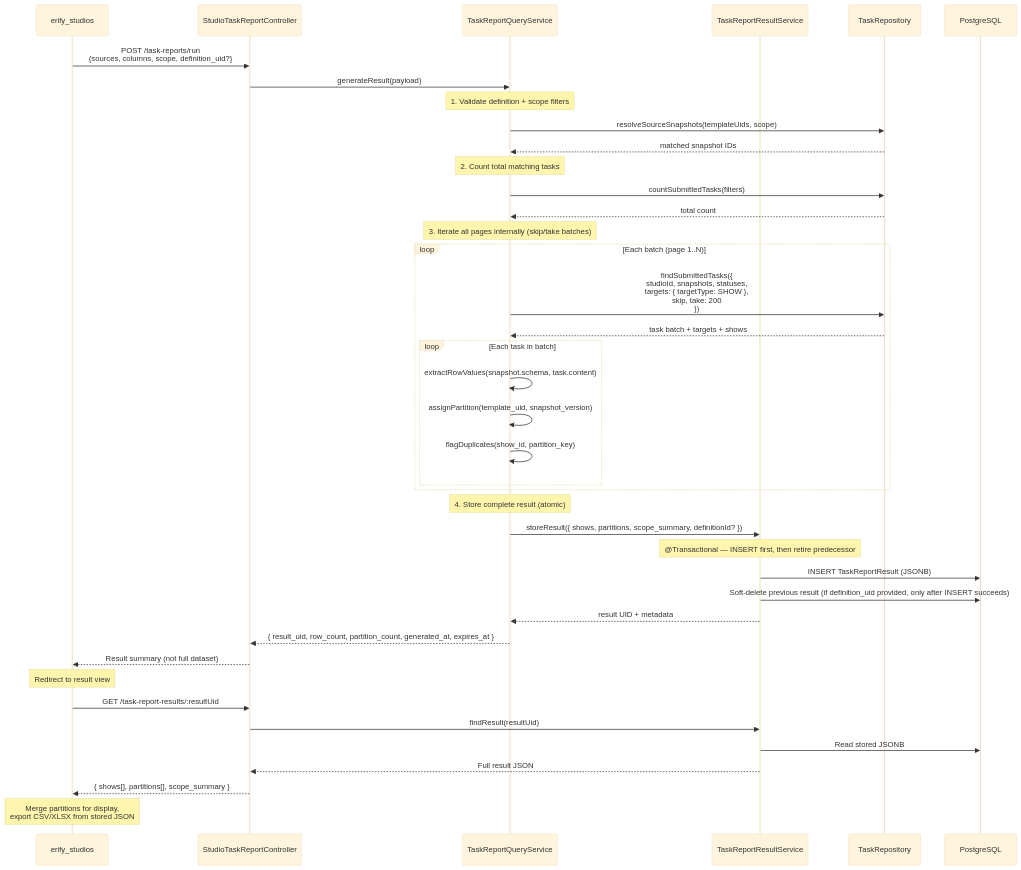
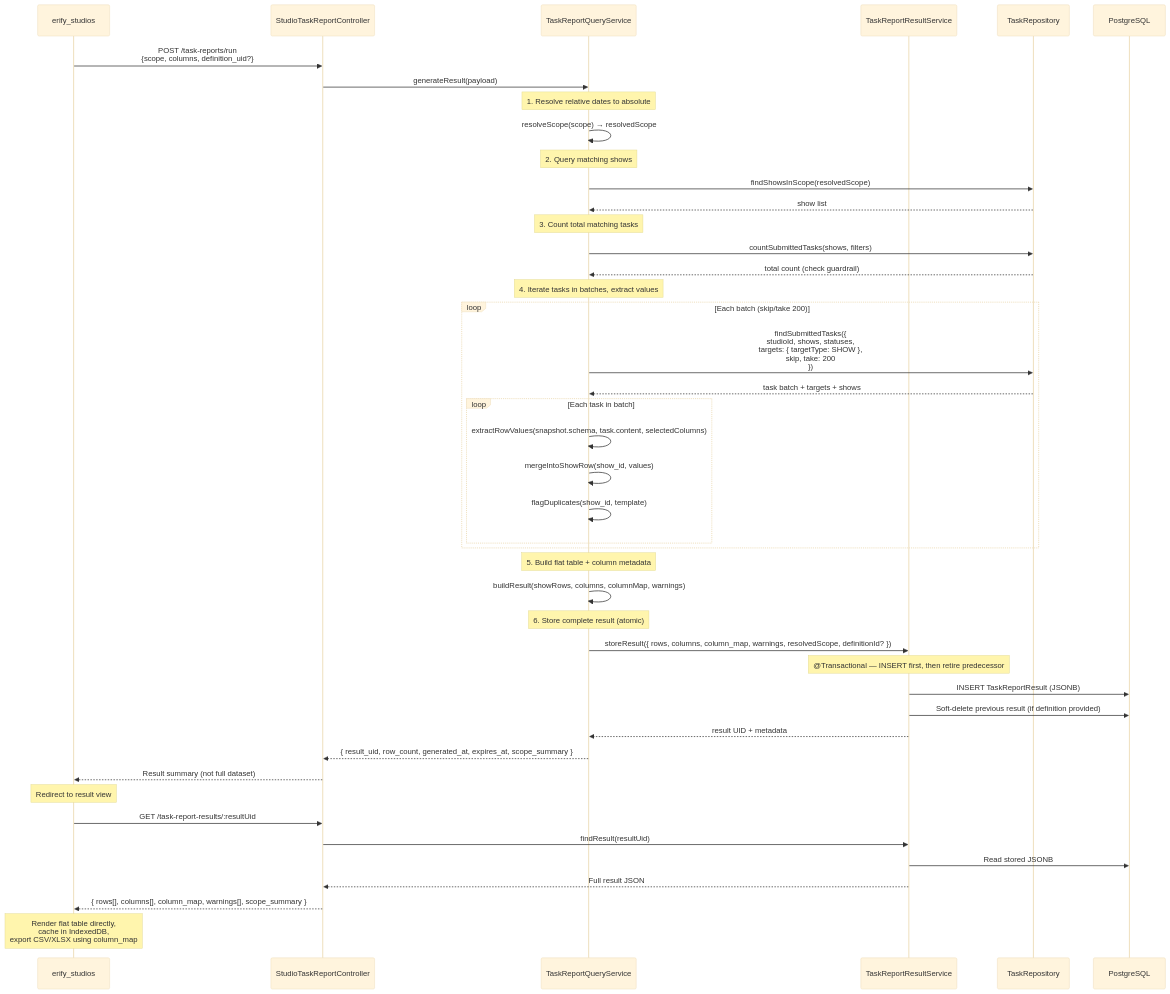
One commit to allenlin90/eridu-services changed the second of 4 diagrams in apps/erify_api/docs/design/TASK_SUBMISSION_REPORTING_DESIGN.md. Above: the diagram before and after it, drawn with Mermaid (base theme). The commit also changed other lines of this file and 5 other files, not shown here.

First line of the commit message:
docs(task-submission-reporting): align all docs to show-first workflow and flat table result

````diff
--- a/apps/erify_api/docs/design/TASK_SUBMISSION_REPORTING_DESIGN.md
+++ b/apps/erify_api/docs/design/TASK_SUBMISSION_REPORTING_DESIGN.md
@@ -505,51 +536,57 @@
 ```mermaid
 sequenceDiagram
     participant FE as erify_studios
     participant Ctrl as StudioTaskReportController
     participant QS as TaskReportQueryService
     participant RS as TaskReportResultService
     participant Repo as TaskRepository
     participant DB as PostgreSQL
 
-    FE->>Ctrl: POST /task-reports/run<br/>{sources, columns, scope, definition_uid?}
+    FE->>Ctrl: POST /task-reports/run<br/>{scope, columns, definition_uid?}
     Ctrl->>QS: generateResult(payload)
 
-    Note over QS: 1. Validate definition + scope filters
-    QS->>Repo: resolveSourceSnapshots(templateUids, scope)
-    Repo-->>QS: matched snapshot IDs
+    Note over QS: 1. Resolve relative dates to absolute
+    QS->>QS: resolveScope(scope) → resolvedScope
 
-    Note over QS: 2. Count total matching tasks
-    QS->>Repo: countSubmittedTasks(filters)
-    Repo-->>QS: total count
+    Note over QS: 2. Query matching shows
+    QS->>Repo: findShowsInScope(resolvedScope)
+    Repo-->>QS: show list
 
-    Note over QS: 3. Iterate all pages internally (skip/take batches)
-    loop Each batch (page 1..N)
-        QS->>Repo: findSubmittedTasks({<br/>  studioId, snapshots, statuses,<br/>  targets: { targetType: SHOW },<br/>  skip, take: 200<br/>})
+    Note over QS: 3. Count total matching tasks
+    QS->>Repo: countSubmittedTasks(shows, filters)
+    Repo-->>QS: total count (check guardrail)
+
+    Note over QS: 4. Iterate tasks in batches, extract values
+    loop Each batch (skip/take 200)
+        QS->>Repo: findSubmittedTasks({<br/>  studioId, shows, statuses,<br/>  targets: { targetType: SHOW },<br/>  skip, take: 200<br/>})
         Repo-->>QS: task batch + targets + shows
 
         loop Each task in batch
-            QS->>QS: extractRowValues(snapshot.schema, task.content)
-            QS->>QS: assignPartition(template_uid, snapshot_version)
-            QS->>QS: flagDuplicates(show_id, partition_key)
+            QS->>QS: extractRowValues(snapshot.schema, task.content, selectedColumns)
+            QS->>QS: mergeIntoShowRow(show_id, values)
+            QS->>QS: flagDuplicates(show_id, template)
         end
     end
 
-    Note over QS: 4. Store complete result (atomic)
-    QS->>RS: storeResult({ shows, partitions, scope_summary, definitionId? })
+    Note over QS: 5. Build flat table + column metadata
+    QS->>QS: buildResult(showRows, columns, columnMap, warnings)
+
+    Note over QS: 6. Store complete result (atomic)
+    QS->>RS: storeResult({ rows, columns, column_map, warnings, resolvedScope, definitionId? })
     Note over RS: @Transactional — INSERT first, then retire predecessor
     RS->>DB: INSERT TaskReportResult (JSONB)
-    RS->>DB: Soft-delete previous result (if definition_uid provided, only after INSERT succeeds)
+    RS->>DB: Soft-delete previous result (if definition provided)
     RS-->>QS: result UID + metadata
 
-    QS-->>Ctrl: { result_uid, row_count, partition_count, generated_at, expires_at }
+    QS-->>Ctrl: { result_uid, row_count, generated_at, expires_at, scope_summary }
     Ctrl-->>FE: Result summary (not full dataset)
 
     Note over FE: Redirect to result view
 
     FE->>Ctrl: GET /task-report-results/:resultUid
     Ctrl->>RS: findResult(resultUid)
     RS->>DB: Read stored JSONB
     RS-->>Ctrl: Full result JSON
-    Ctrl-->>FE: { shows[], partitions[], scope_summary }
-    Note over FE: Merge partitions for display,<br/>export CSV/XLSX from stored JSON
+    Ctrl-->>FE: { rows[], columns[], column_map, warnings[], scope_summary }
+    Note over FE: Render flat table directly,<br/>cache in IndexedDB,<br/>export CSV/XLSX using column_map
 ```
````
